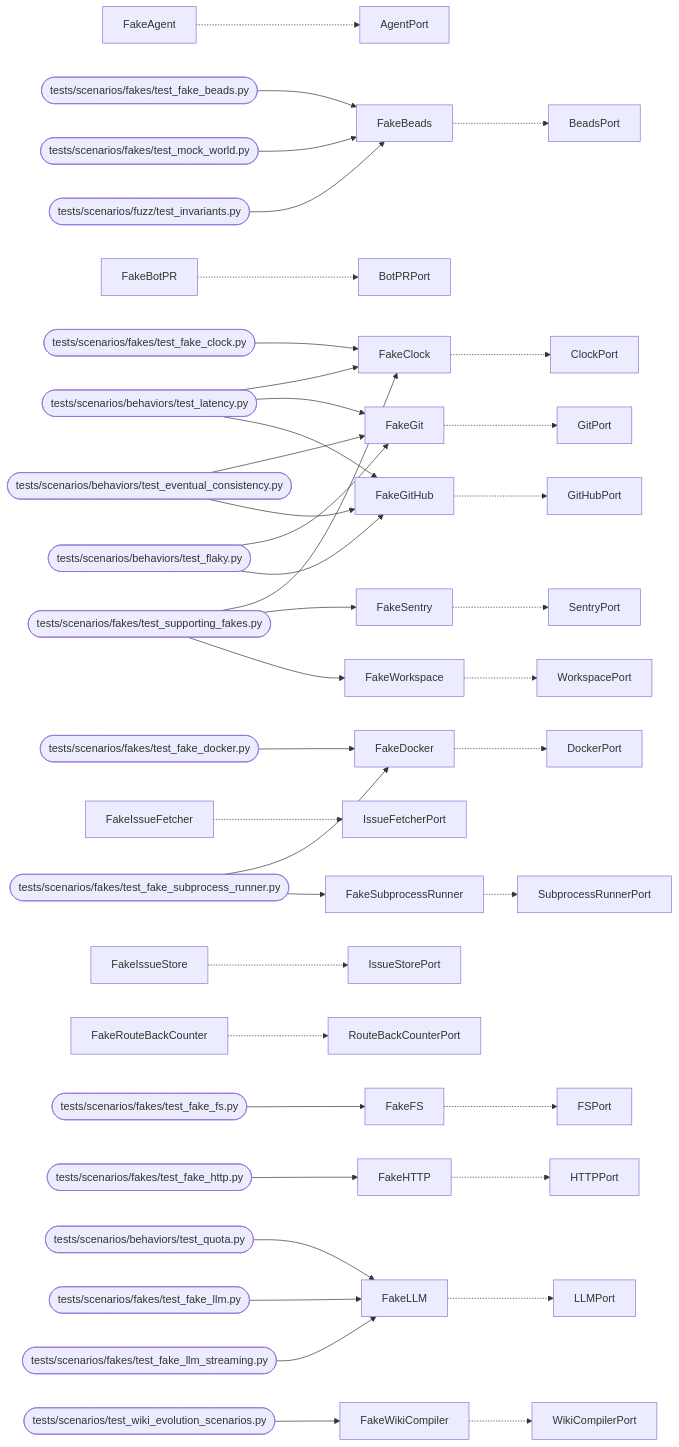
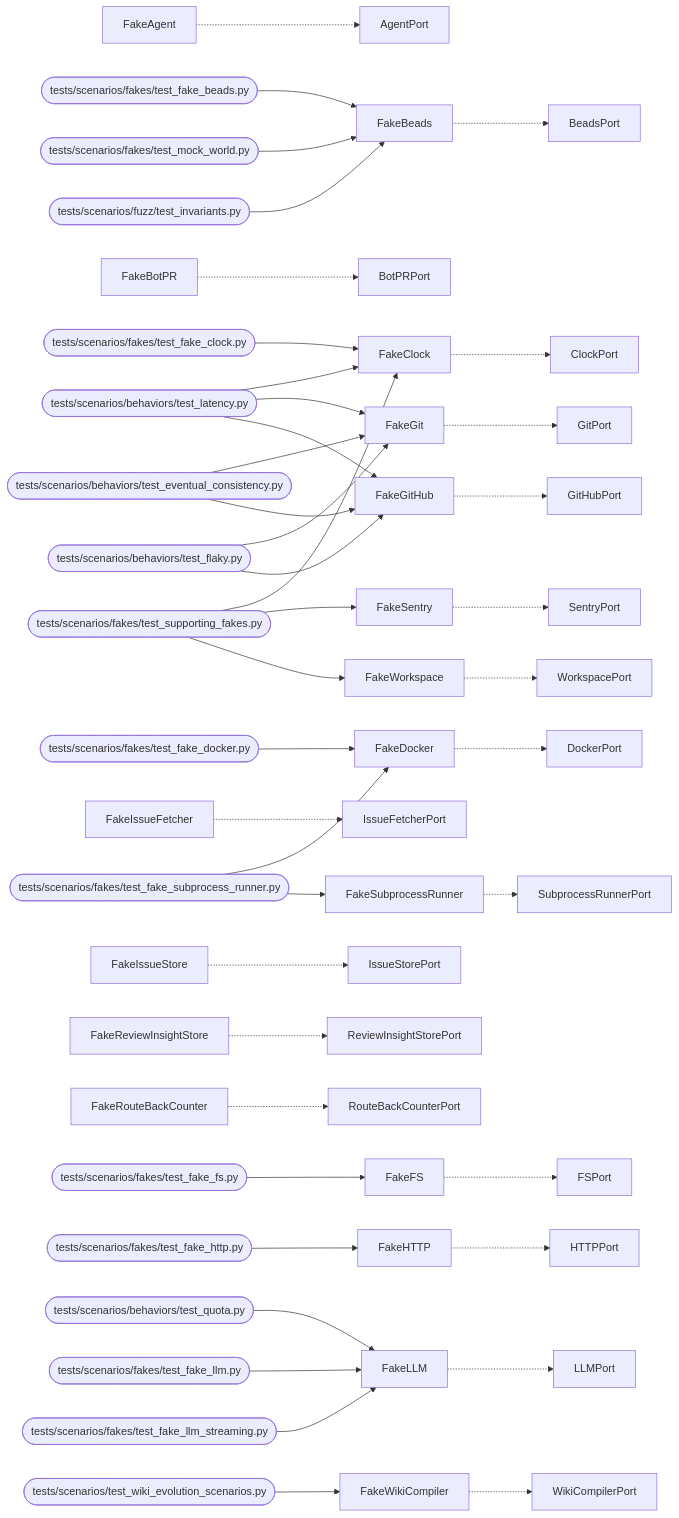
The diagram in docs/arch/generated/mockworld.md (T-rav/hydraflow), drawn with Mermaid before and after one commit. The commit also changed other lines of this file and 14 other files, not shown here.

First line of the commit message:
feat(mockworld): FakeReviewInsightStore satisfies ReviewInsightStorePort (ADR-0047, closes advisor-luab)

````diff
--- a/docs/arch/generated/mockworld.md
+++ b/docs/arch/generated/mockworld.md
@@ -31,43 +32,44 @@
 ```mermaid
 graph LR
     FakeAgent -.-> AgentPort
     FakeBeads -.-> BeadsPort
     tests_scenarios_fakes_test_fake_beads_py([tests/scenarios/fakes/test_fake_beads.py]) --> FakeBeads
     tests_scenarios_fakes_test_mock_world_py([tests/scenarios/fakes/test_mock_world.py]) --> FakeBeads
     tests_scenarios_fuzz_test_invariants_py([tests/scenarios/fuzz/test_invariants.py]) --> FakeBeads
     FakeBotPR -.-> BotPRPort
     FakeClock -.-> ClockPort
     tests_scenarios_behaviors_test_latency_py([tests/scenarios/behaviors/test_latency.py]) --> FakeClock
     tests_scenarios_fakes_test_fake_clock_py([tests/scenarios/fakes/test_fake_clock.py]) --> FakeClock
     tests_scenarios_fakes_test_supporting_fakes_py([tests/scenarios/fakes/test_supporting_fakes.py]) --> FakeClock
     FakeDocker -.-> DockerPort
     tests_scenarios_fakes_test_fake_docker_py([tests/scenarios/fakes/test_fake_docker.py]) --> FakeDocker
     tests_scenarios_fakes_test_fake_subprocess_runner_py([tests/scenarios/fakes/test_fake_subprocess_runner.py]) --> FakeDocker
     FakeFS -.-> FSPort
     tests_scenarios_fakes_test_fake_fs_py([tests/scenarios/fakes/test_fake_fs.py]) --> FakeFS
     FakeGit -.-> GitPort
     tests_scenarios_behaviors_test_eventual_consistency_py([tests/scenarios/behaviors/test_eventual_consistency.py]) --> FakeGit
     tests_scenarios_behaviors_test_flaky_py([tests/scenarios/behaviors/test_flaky.py]) --> FakeGit
     tests_scenarios_behaviors_test_latency_py([tests/scenarios/behaviors/test_latency.py]) --> FakeGit
     FakeGitHub -.-> GitHubPort
     tests_scenarios_behaviors_test_eventual_consistency_py([tests/scenarios/behaviors/test_eventual_consistency.py]) --> FakeGitHub
     tests_scenarios_behaviors_test_flaky_py([tests/scenarios/behaviors/test_flaky.py]) --> FakeGitHub
     tests_scenarios_behaviors_test_latency_py([tests/scenarios/behaviors/test_latency.py]) --> FakeGitHub
     FakeHTTP -.-> HTTPPort
     tests_scenarios_fakes_test_fake_http_py([tests/scenarios/fakes/test_fake_http.py]) --> FakeHTTP
     FakeIssueFetcher -.-> IssueFetcherPort
     FakeIssueStore -.-> IssueStorePort
     FakeLLM -.-> LLMPort
     tests_scenarios_behaviors_test_quota_py([tests/scenarios/behaviors/test_quota.py]) --> FakeLLM
     tests_scenarios_fakes_test_fake_llm_py([tests/scenarios/fakes/test_fake_llm.py]) --> FakeLLM
     tests_scenarios_fakes_test_fake_llm_streaming_py([tests/scenarios/fakes/test_fake_llm_streaming.py]) --> FakeLLM
+    FakeReviewInsightStore -.-> ReviewInsightStorePort
     FakeRouteBackCounter -.-> RouteBackCounterPort
     FakeSentry -.-> SentryPort
     tests_scenarios_fakes_test_supporting_fakes_py([tests/scenarios/fakes/test_supporting_fakes.py]) --> FakeSentry
     FakeSubprocessRunner -.-> SubprocessRunnerPort
     tests_scenarios_fakes_test_fake_subprocess_runner_py([tests/scenarios/fakes/test_fake_subprocess_runner.py]) --> FakeSubprocessRunner
     FakeWikiCompiler -.-> WikiCompilerPort
     tests_scenarios_test_wiki_evolution_scenarios_py([tests/scenarios/test_wiki_evolution_scenarios.py]) --> FakeWikiCompiler
     FakeWorkspace -.-> WorkspacePort
     tests_scenarios_fakes_test_supporting_fakes_py([tests/scenarios/fakes/test_supporting_fakes.py]) --> FakeWorkspace
 ```
````
